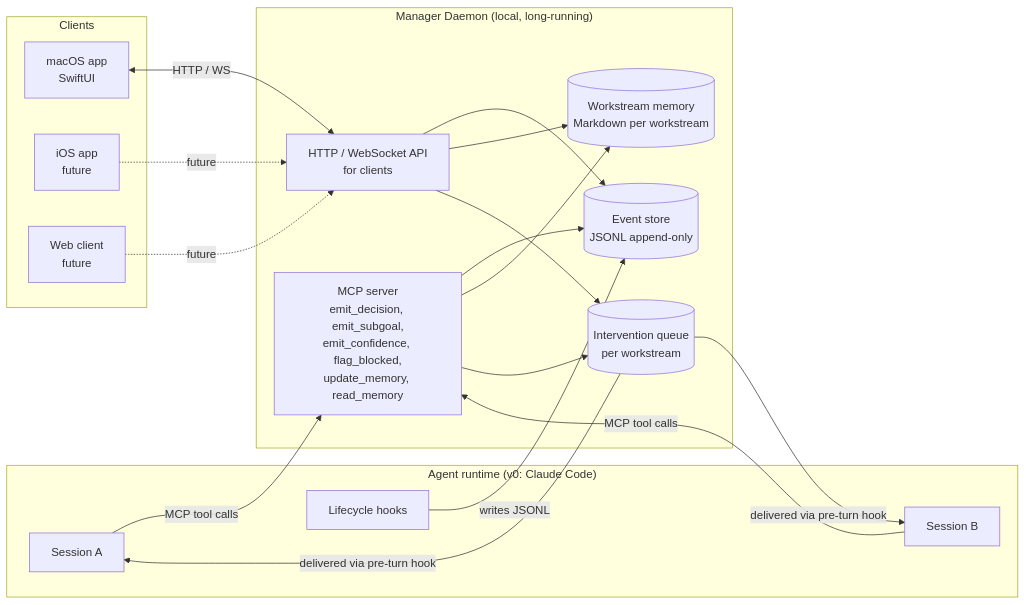
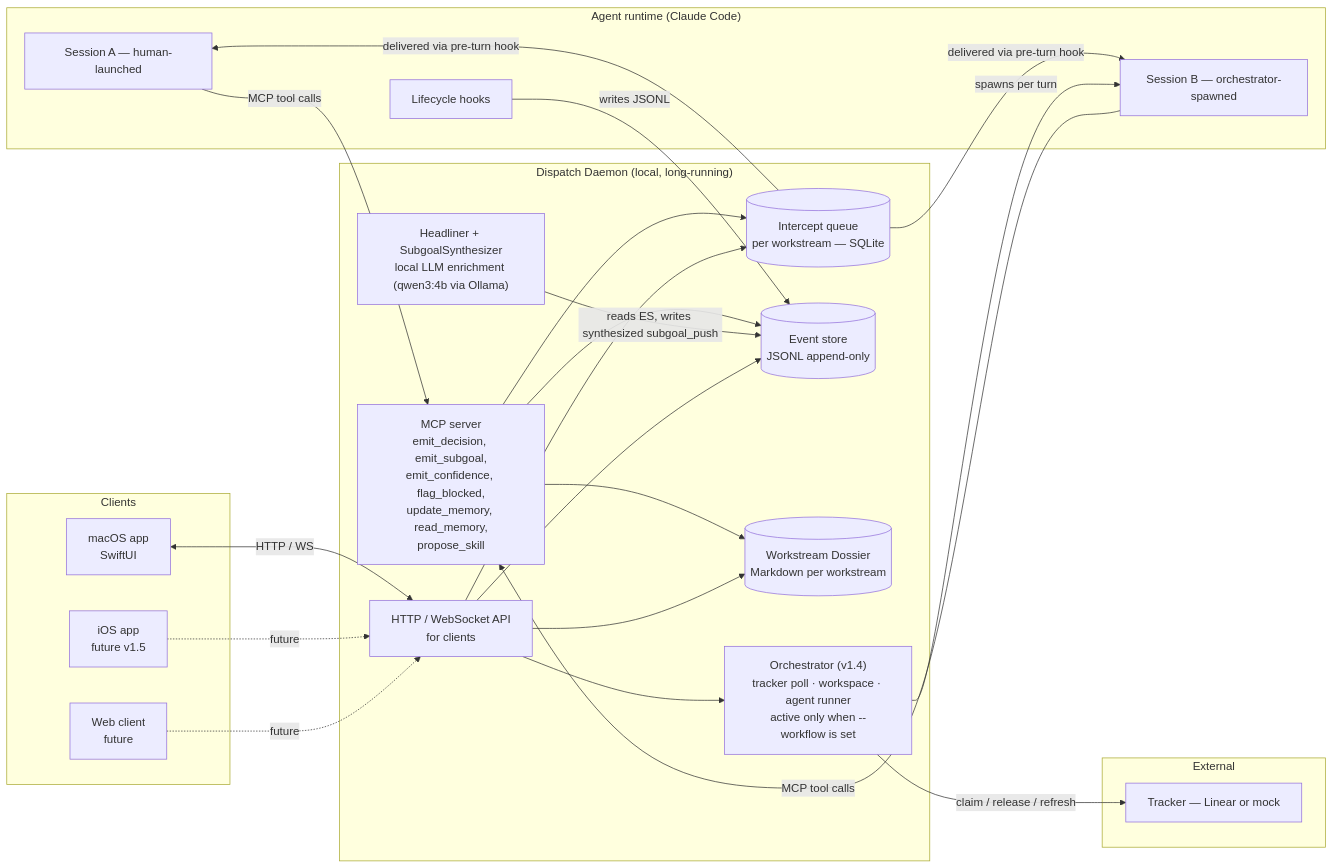
One commit to S-KSM/Manager changed the first of 4 diagrams in docs/ARCHITECTURE.md. Above: the diagram before and after it, drawn with Mermaid. The commit also changed other lines of this file and 2 other files, not shown here.

First line of the commit message:
docs(v1.4): orchestrator section in ARCHITECTURE + autonomous-mode quickstart in README

````diff
--- a/docs/ARCHITECTURE.md
+++ b/docs/ARCHITECTURE.md
@@ -28,39 +33,50 @@
 ```mermaid
 graph LR
-    subgraph "Agent runtime (v0: Claude Code)"
-        CC1[Session A]
-        CC2[Session B]
+    subgraph "Agent runtime (Claude Code)"
+        CC1[Session A — human-launched]
+        CC2[Session B — orchestrator-spawned]
         H1[Lifecycle hooks]
     end
 
-    subgraph "Manager Daemon (local, long-running)"
-        MCP[MCP server<br/>emit_decision, emit_subgoal,<br/>emit_confidence, flag_blocked,<br/>update_memory, read_memory]
+    subgraph "Dispatch Daemon (local, long-running)"
+        ORCH["Orchestrator (v1.4)<br/>tracker poll · workspace · agent runner<br/>active only when --workflow is set"]
+        MCP[MCP server<br/>emit_decision, emit_subgoal,<br/>emit_confidence, flag_blocked,<br/>update_memory, read_memory,<br/>propose_skill]
         API[HTTP / WebSocket API<br/>for clients]
+        HEAD["Headliner + SubgoalSynthesizer<br/>local LLM enrichment (qwen3:4b via Ollama)"]
         ES[(Event store<br/>JSONL append-only)]
-        MEM[(Workstream memory<br/>Markdown per workstream)]
-        Q[(Intervention queue<br/>per workstream)]
+        MEM[(Workstream Dossier<br/>Markdown per workstream)]
+        Q[(Intercept queue<br/>per workstream — SQLite)]
+    end
+
+    subgraph "External"
+        TRK[Tracker — Linear or mock]
     end
 
     subgraph "Clients"
         MAC[macOS app<br/>SwiftUI]
-        IOS[iOS app<br/>future]
+        IOS[iOS app<br/>future v1.5]
         WEB[Web client<br/>future]
     end
 
     CC1 -- MCP tool calls --> MCP
     CC2 -- MCP tool calls --> MCP
     H1 -- writes JSONL --> ES
     MCP --> ES
     MCP --> MEM
     MCP --> Q
     Q -- delivered via pre-turn hook --> CC1
     Q -- delivered via pre-turn hook --> CC2
 
+    ORCH -- claim / release / refresh --> TRK
+    ORCH -- spawns per turn --> CC2
+    HEAD -- reads ES, writes synthesized subgoal_push --> ES
+
     MAC <-- HTTP / WS --> API
     IOS -.future.-> API
     WEB -.future.-> API
 
     API --> ES
     API --> MEM
     API --> Q
+    API --> ORCH
 ```
````
